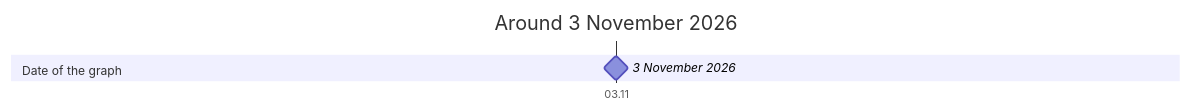
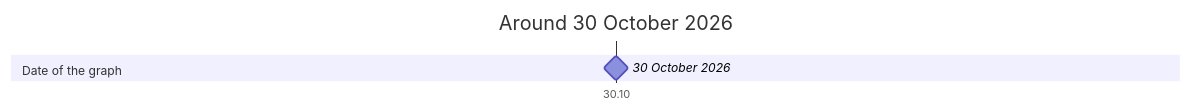
Before and after one commit to advancedcognitivesystems-ai/trame: the diagram in docs/timeline.md, drawn with Mermaid. The commit also changed other lines of this file and 367 other files, not shown here.

````diff
--- a/docs/timeline.md
+++ b/docs/timeline.md
@@ -5,8 +5,8 @@
 ```mermaid
 gantt
   dateFormat YYYY-MM-DD
   axisFormat %d.%m
-  title Around 3 November 2026
+  title Around 30 October 2026
   section Date of the graph
-    3 November 2026 : milestone, 2026-11-03, 0d
+    30 October 2026 : milestone, 2026-10-30, 0d
 ```
````
